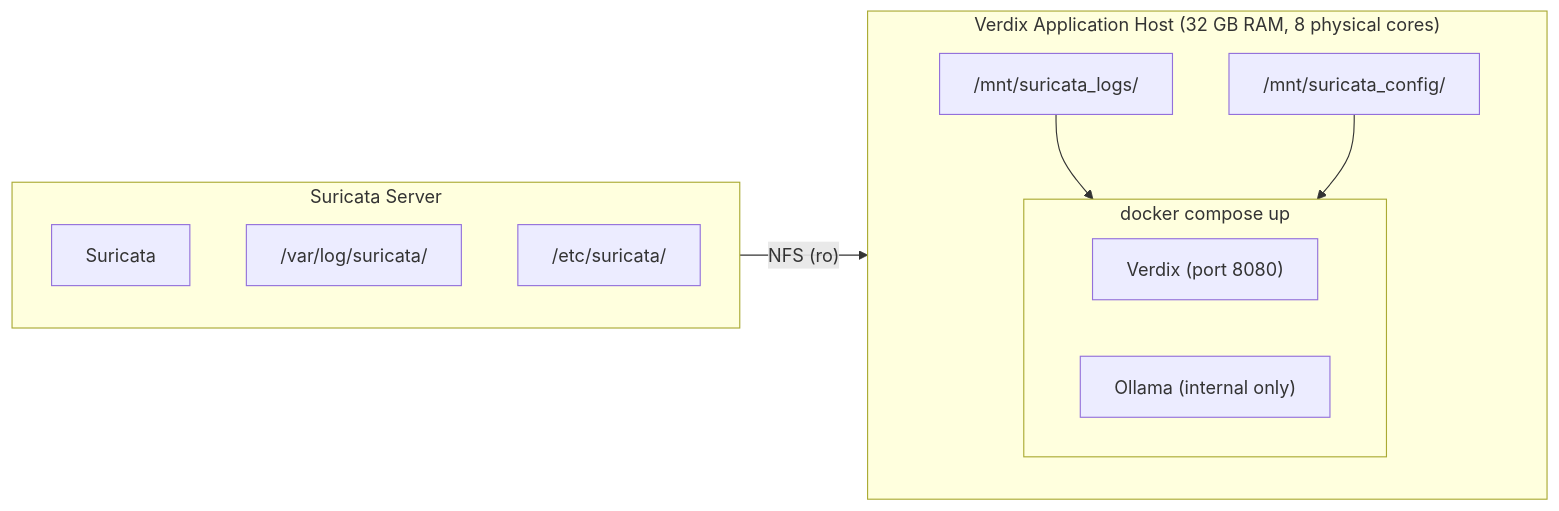
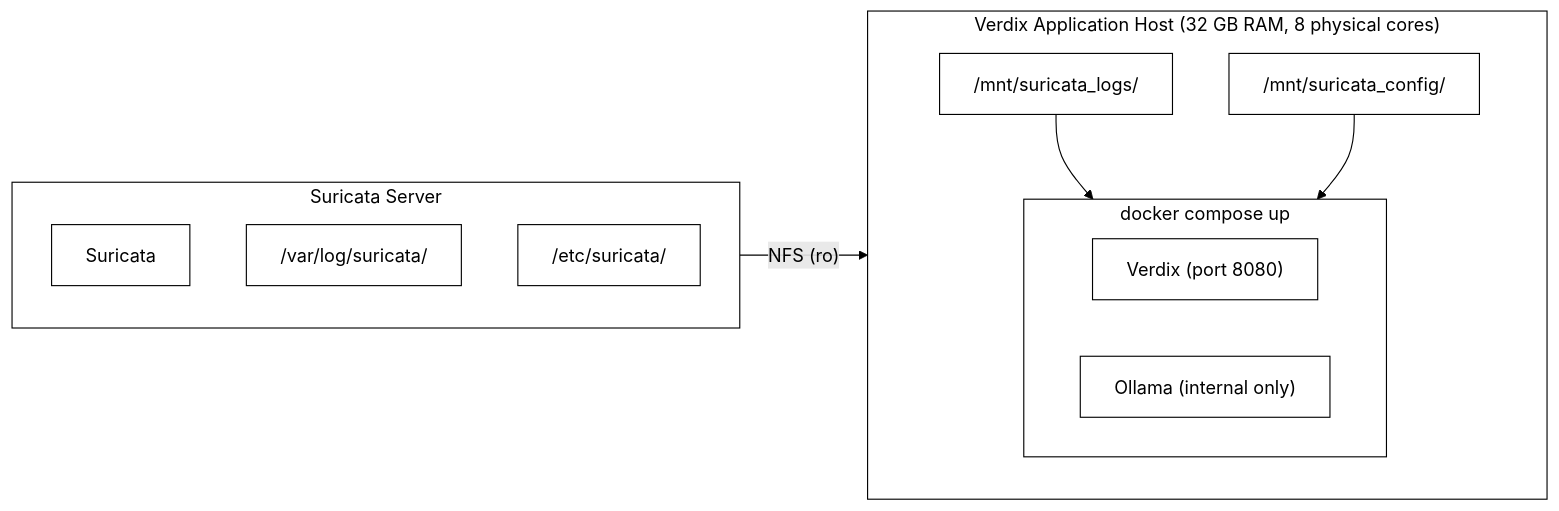
Before and after one commit to verdixsec/verdix: the second of 3 diagrams in docs/DEPLOYMENT.md, drawn with Mermaid. The commit also changed other lines of this file, not shown here.

````diff
--- a/docs/DEPLOYMENT.md
+++ b/docs/DEPLOYMENT.md
@@ -187,19 +189,25 @@
 ```mermaid
 flowchart LR
     subgraph suricatasvr["Suricata Server"]
         s_suricata["Suricata"]
         s_logs["/var/log/suricata/"]
         s_config["/etc/suricata/"]
     end
     subgraph apphost["Verdix Application Host (32 GB RAM, 8 physical cores)"]
         m_logs["/mnt/suricata_logs/"]
         m_config["/mnt/suricata_config/"]
         subgraph compose["docker compose up"]
             verdix["Verdix (port 8080)"]
             ollama["Ollama (internal only)"]
         end
         m_logs --> compose
         m_config --> compose
     end
     suricatasvr -->|"NFS (ro)"| apphost
+    classDef bw fill:#ffffff,stroke:#000000,color:#000000;
+    class s_suricata,s_logs,s_config,m_logs,m_config,verdix,ollama bw;
+    style suricatasvr fill:#ffffff,stroke:#000000,color:#000000
+    style apphost fill:#ffffff,stroke:#000000,color:#000000
+    style compose fill:#ffffff,stroke:#000000,color:#000000
+    linkStyle default stroke:#000000,color:#000000
 ```
````
